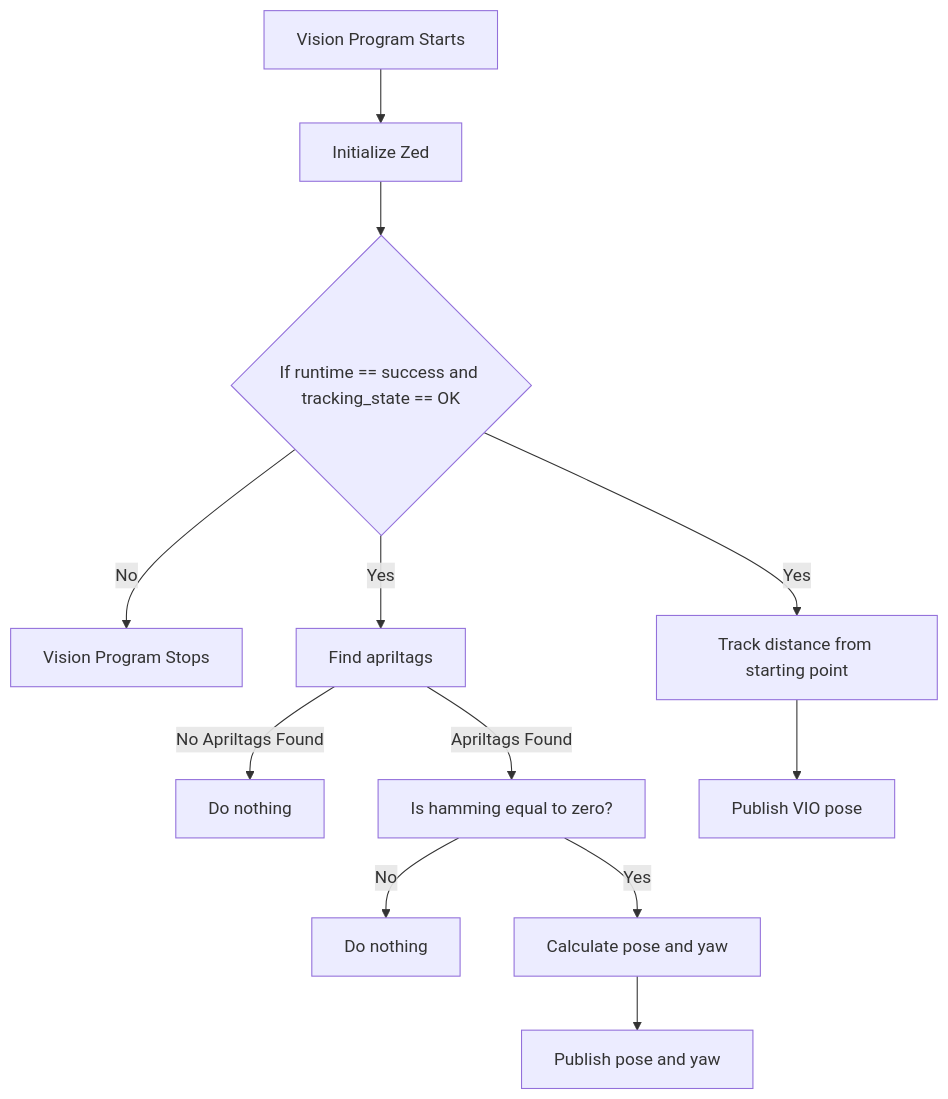
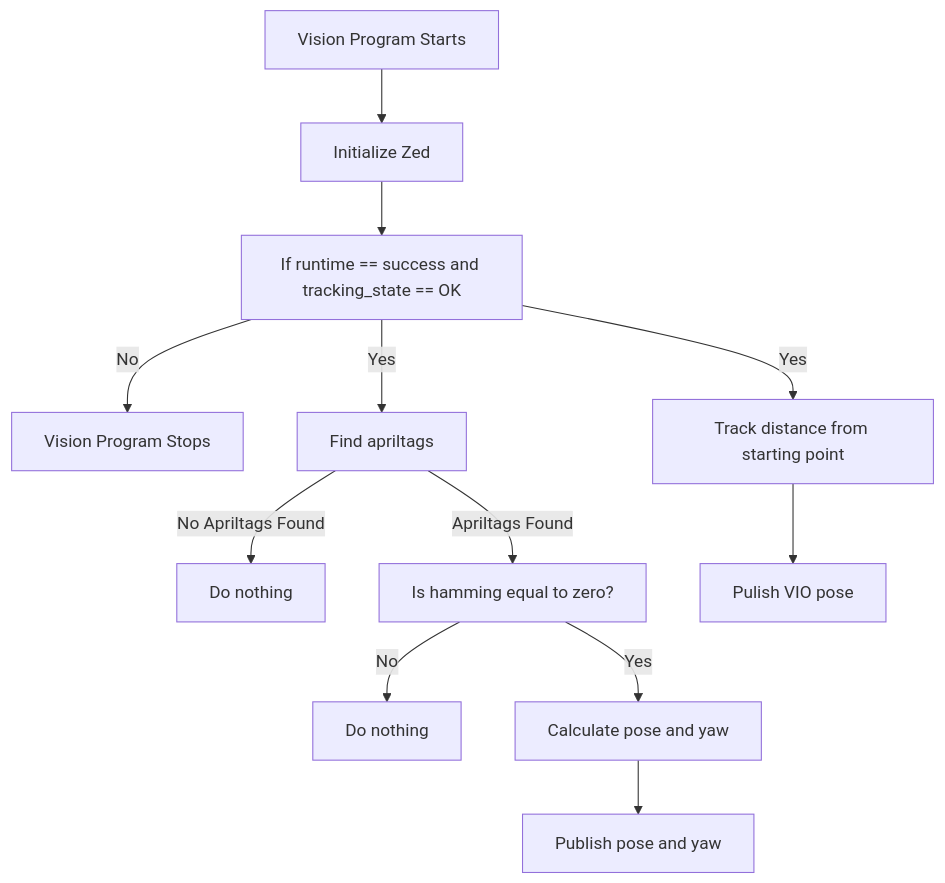
The diagram in README.md (Worthington-Robotics/2023Vision), drawn with Mermaid before and after one commit.

Commit message:
fixed the wierd formatting

````diff
--- a/README.md
+++ b/README.md
@@ -8,15 +8,15 @@
 ```mermaid
 flowchart TD
     A[Vision Program Starts] --> B[Initialize Zed]
-    B --> C{If runtime == success and tracking_state == OK}
+    B --> C[If runtime == success and tracking_state == OK]
     C -- No --> D[Vision Program Stops]
     C -- Yes -->E[Track distance from starting point]
     C -- Yes -->F[Find apriltags]
     F -- No Apriltags Found --> G[Do nothing]
     F -- Apriltags Found --> H[Is hamming equal to zero?]
     H -- No --> I[Do nothing]
     H -- Yes --> J[Calculate pose and yaw]
-    E --> K[Publish VIO pose]
+    E --> K[Pulish VIO pose]
     J --> L[Publish pose and yaw]
 
 ```
````
